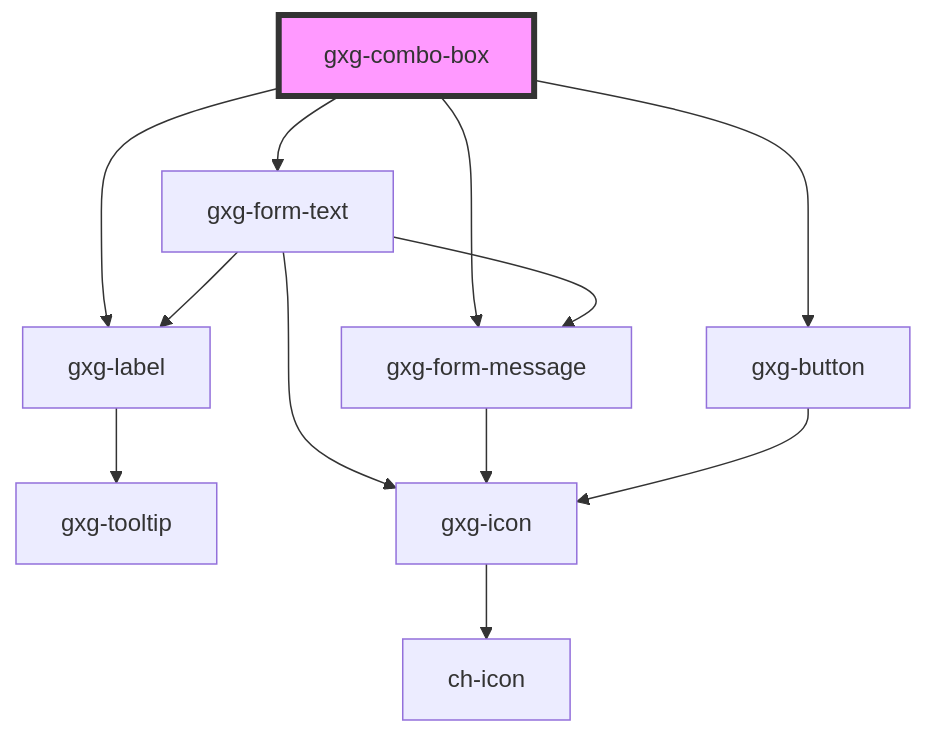
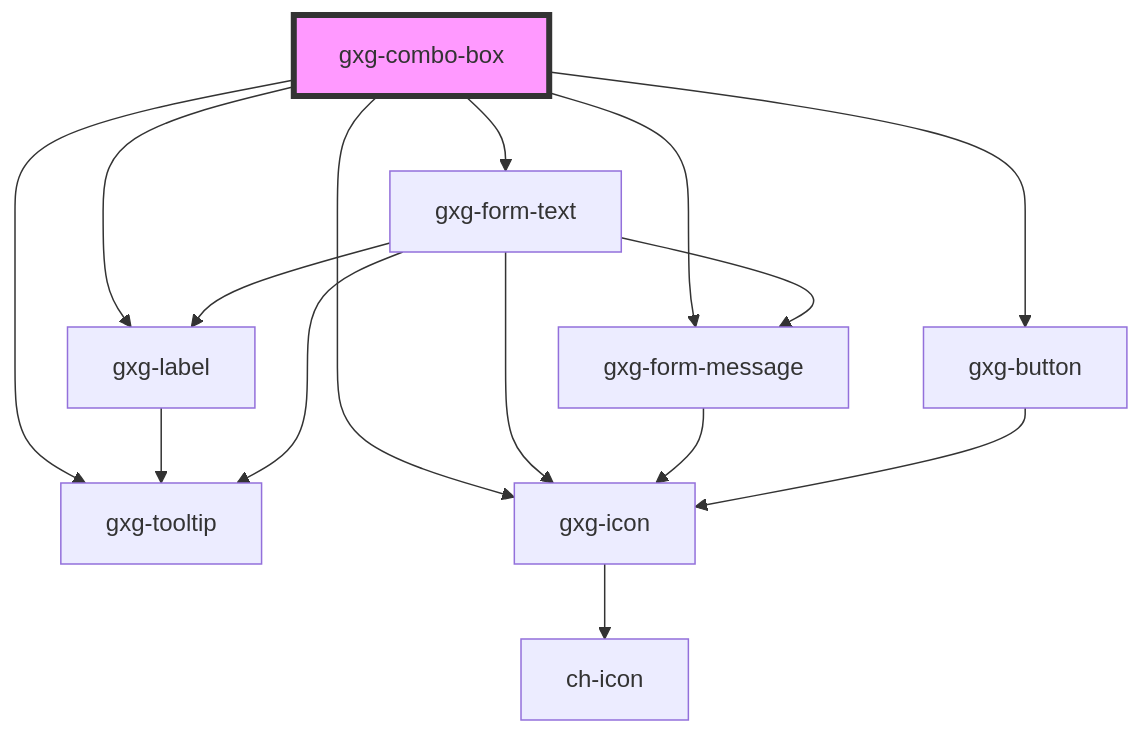
One commit to genexuslabs/gemini changed the diagram in src/components/combo-box/readme.md. Above: the diagram before and after it, drawn with Mermaid. The commit also changed other lines of this file and 19 other files, not shown here.

````diff
--- a/src/components/combo-box/readme.md
+++ b/src/components/combo-box/readme.md
@@ -104,15 +106,18 @@
 ```mermaid
 graph TD;
   gxg-combo-box --> gxg-label
   gxg-combo-box --> gxg-form-text
   gxg-combo-box --> gxg-button
   gxg-combo-box --> gxg-form-message
+  gxg-combo-box --> gxg-tooltip
+  gxg-combo-box --> gxg-icon
   gxg-label --> gxg-tooltip
   gxg-form-text --> gxg-icon
   gxg-form-text --> gxg-label
   gxg-form-text --> gxg-form-message
+  gxg-form-text --> gxg-tooltip
   gxg-icon --> ch-icon
   gxg-form-message --> gxg-icon
   gxg-button --> gxg-icon
   style gxg-combo-box fill:#f9f,stroke:#333,stroke-width:4px
 ```
````
